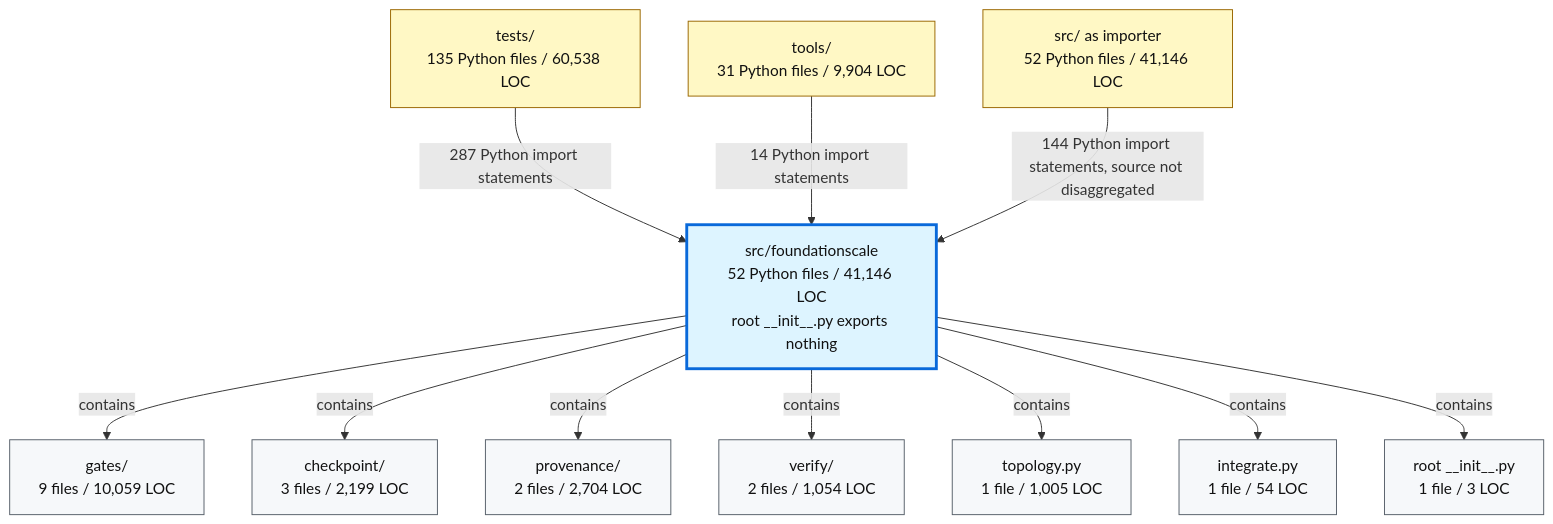
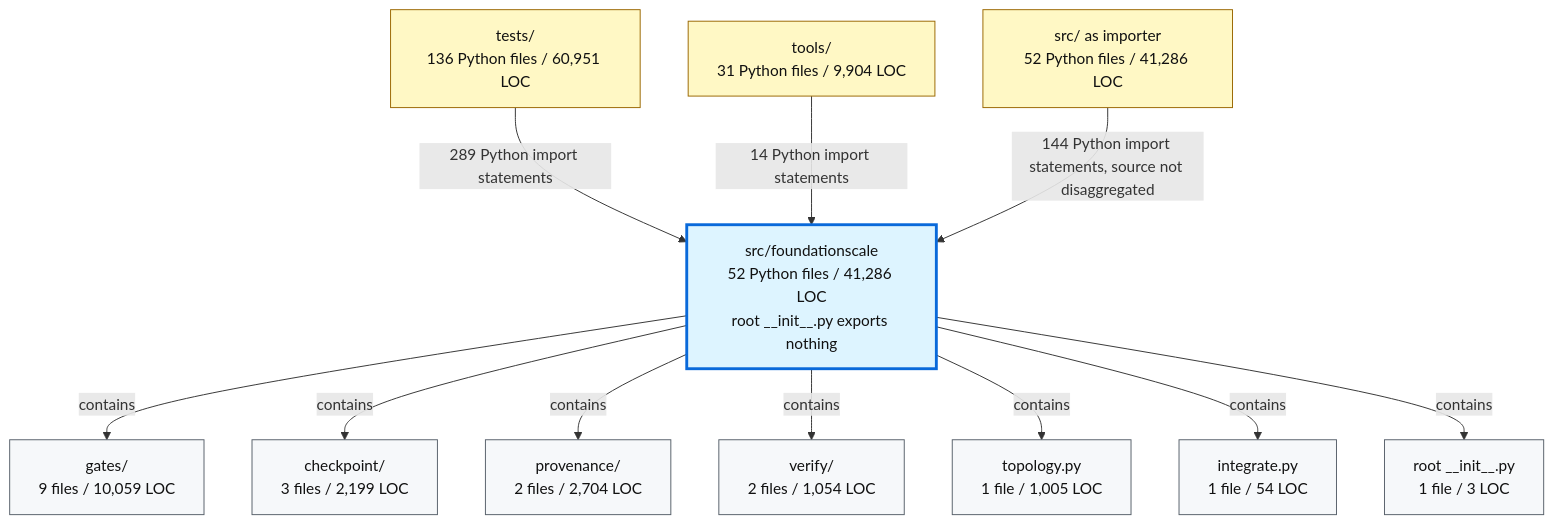
One commit to TranNhiem/FoundationScale changed the second of 2 diagrams in docs/review/D2_current_architecture.md. Above: the diagram before and after it, drawn with Mermaid. The commit also changed other lines of this file and 14 other files, not shown here.

````diff
--- a/docs/review/D2_current_architecture.md
+++ b/docs/review/D2_current_architecture.md
@@ -97,36 +97,36 @@
 ```mermaid
 flowchart TB
-  TESTS["tests/<br/>135 Python files / 60,538 LOC"]
+  TESTS["tests/<br/>136 Python files / 60,951 LOC"]
   TOOLS["tools/<br/>31 Python files / 9,904 LOC"]
-  SRC["src/ as importer<br/>52 Python files / 41,146 LOC"]
+  SRC["src/ as importer<br/>52 Python files / 41,286 LOC"]
 
-  FS["src/foundationscale<br/>52 Python files / 41,146 LOC<br/>root __init__.py exports nothing"]
+  FS["src/foundationscale<br/>52 Python files / 41,286 LOC<br/>root __init__.py exports nothing"]
 
   GATES["gates/<br/>9 files / 10,059 LOC"]
   CKPT["checkpoint/<br/>3 files / 2,199 LOC"]
   PROV["provenance/<br/>2 files / 2,704 LOC"]
   VERIFY["verify/<br/>2 files / 1,054 LOC"]
   TOPO["topology.py<br/>1 file / 1,005 LOC"]
   INTEG["integrate.py<br/>1 file / 54 LOC"]
   ROOT["root __init__.py<br/>1 file / 3 LOC"]
 
-  TESTS -->|"287 Python import statements"| FS
+  TESTS -->|"289 Python import statements"| FS
   TOOLS -->|"14 Python import statements"| FS
   SRC -->|"144 Python import statements, source not disaggregated"| FS
 
   FS -->|"contains"| GATES
   FS -->|"contains"| CKPT
   FS -->|"contains"| PROV
   FS -->|"contains"| VERIFY
   FS -->|"contains"| TOPO
   FS -->|"contains"| INTEG
   FS -->|"contains"| ROOT
 
   classDef consumer fill:#fff8c5,stroke:#9a6700,color:#111;
   classDef package fill:#ddf4ff,stroke:#0969da,stroke-width:3px,color:#111;
   classDef module fill:#f6f8fa,stroke:#57606a,color:#111;
 
   class TESTS,TOOLS,SRC consumer;
   class FS package;
   class GATES,CKPT,PROV,VERIFY,TOPO,INTEG,ROOT module;
 ```
````
